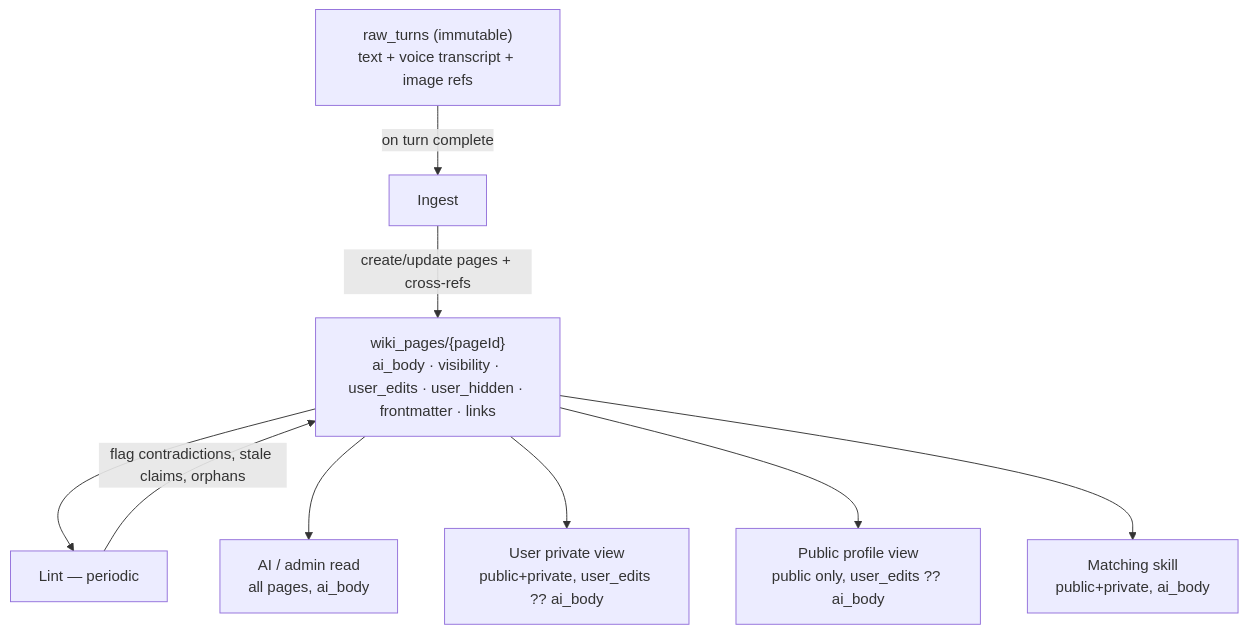
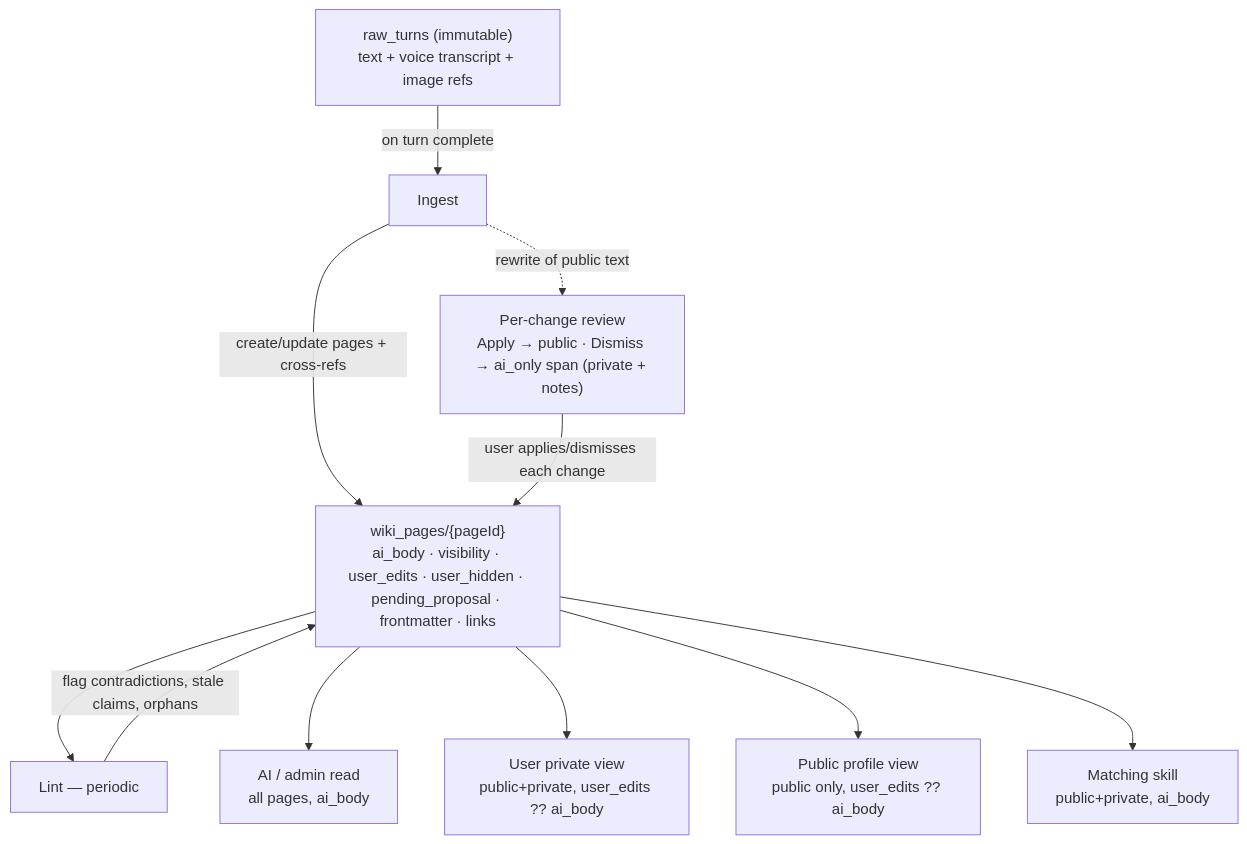
The fifth of 7 diagrams in docs/ARCHITECTURE.md (suhailps93/ayma-v2), drawn with Mermaid before and after one commit. The commit also changed other lines of this file and 7 other files, not shown here.

````diff
--- a/docs/ARCHITECTURE.md
+++ b/docs/ARCHITECTURE.md
@@ -353,17 +353,20 @@
 ```mermaid
 flowchart TB
   RT["raw_turns (immutable)<br/>text + voice transcript + image refs"]
   Ingest[Ingest]
-  Page["wiki_pages/{pageId}<br/>ai_body · visibility · user_edits · user_hidden · frontmatter · links"]
+  Page["wiki_pages/{pageId}<br/>ai_body · visibility · user_edits · user_hidden · pending_proposal · frontmatter · links"]
   Lint[Lint — periodic]
+  Review["Per-change review<br/>Apply → public · Dismiss → ai_only span (private + notes)"]
 
   RT -->|on turn complete| Ingest
   Ingest -->|create/update pages + cross-refs| Page
+  Ingest -.->|rewrite of public text| Review
+  Review -->|user applies/dismisses each change| Page
   Page --> Lint
   Lint -->|flag contradictions, stale claims, orphans| Page
 
   Page --> AIRead[AI / admin read<br/>all pages, ai_body]
   Page --> PrivRead[User private view<br/>public+private, user_edits ?? ai_body]
   Page --> PubRead[Public profile view<br/>public only, user_edits ?? ai_body]
   Page --> Match[Matching skill<br/>public+private, ai_body]
 ```
````
